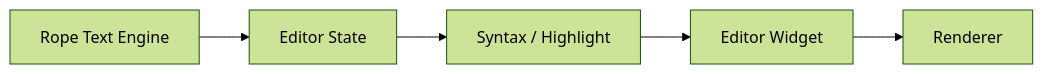
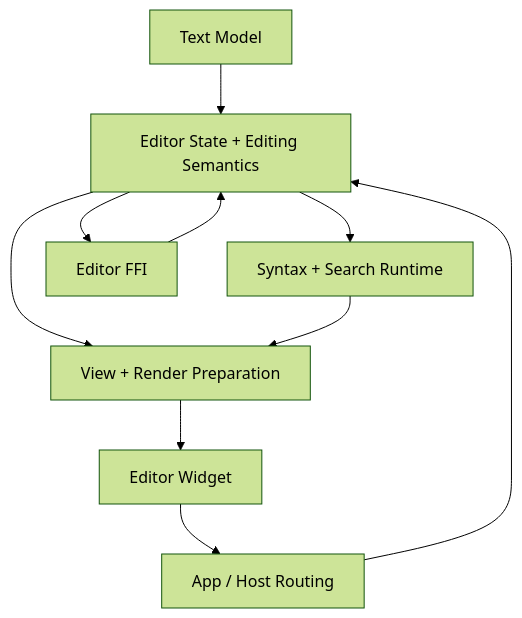
Before and after one commit to LaurenceGuws/Zide: the first of 2 diagrams in app_architecture/editor/DESIGN.md, drawn with Mermaid (forest theme). The commit also changed other lines of this file and 4 other files, not shown here.

Commit message:
Expand editor architecture and stress docs

````diff
--- a/app_architecture/editor/DESIGN.md
+++ b/app_architecture/editor/DESIGN.md
@@ -24,7 +72,20 @@
 ```mermaid
-flowchart LR
-    Rope[Rope Text Engine] --> EditorState[Editor State]
-    EditorState --> Highlight[Syntax / Highlight]
-    Highlight --> Widget[Editor Widget]
-    Widget --> Renderer[Renderer]
+flowchart TB
+    TextModel[Text Model]
+    EditorState[Editor State + Editing Semantics]
+    SyntaxSearch[Syntax + Search Runtime]
+    ViewPrep[View + Render Preparation]
+    Widget[Editor Widget]
+    AppHost[App / Host Routing]
+    FFI[Editor FFI]
+
+    TextModel --> EditorState
+    EditorState --> SyntaxSearch
+    EditorState --> ViewPrep
+    SyntaxSearch --> ViewPrep
+    ViewPrep --> Widget
+    Widget --> AppHost
+    AppHost --> EditorState
+    FFI --> EditorState
+    EditorState --> FFI
 ```
````
